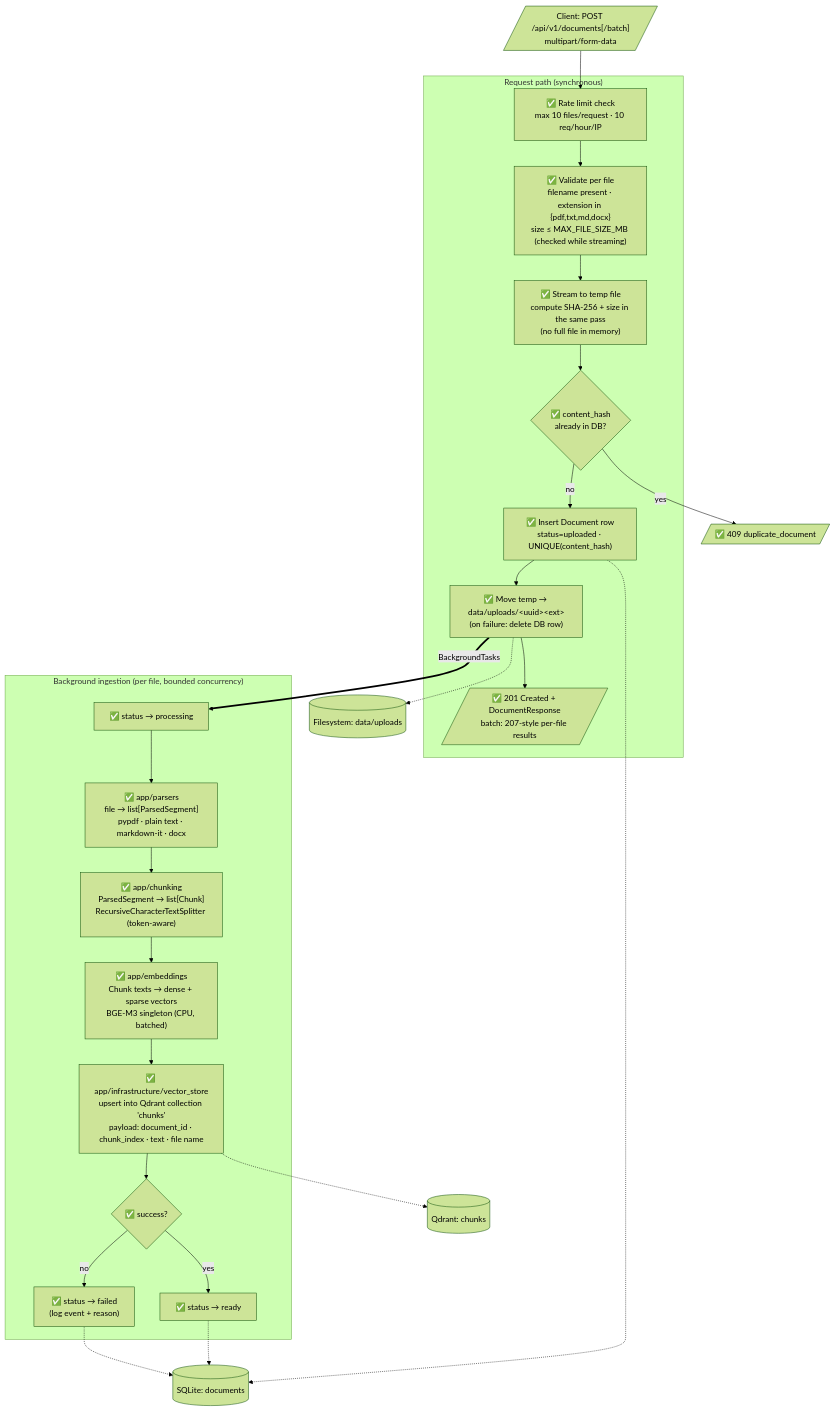
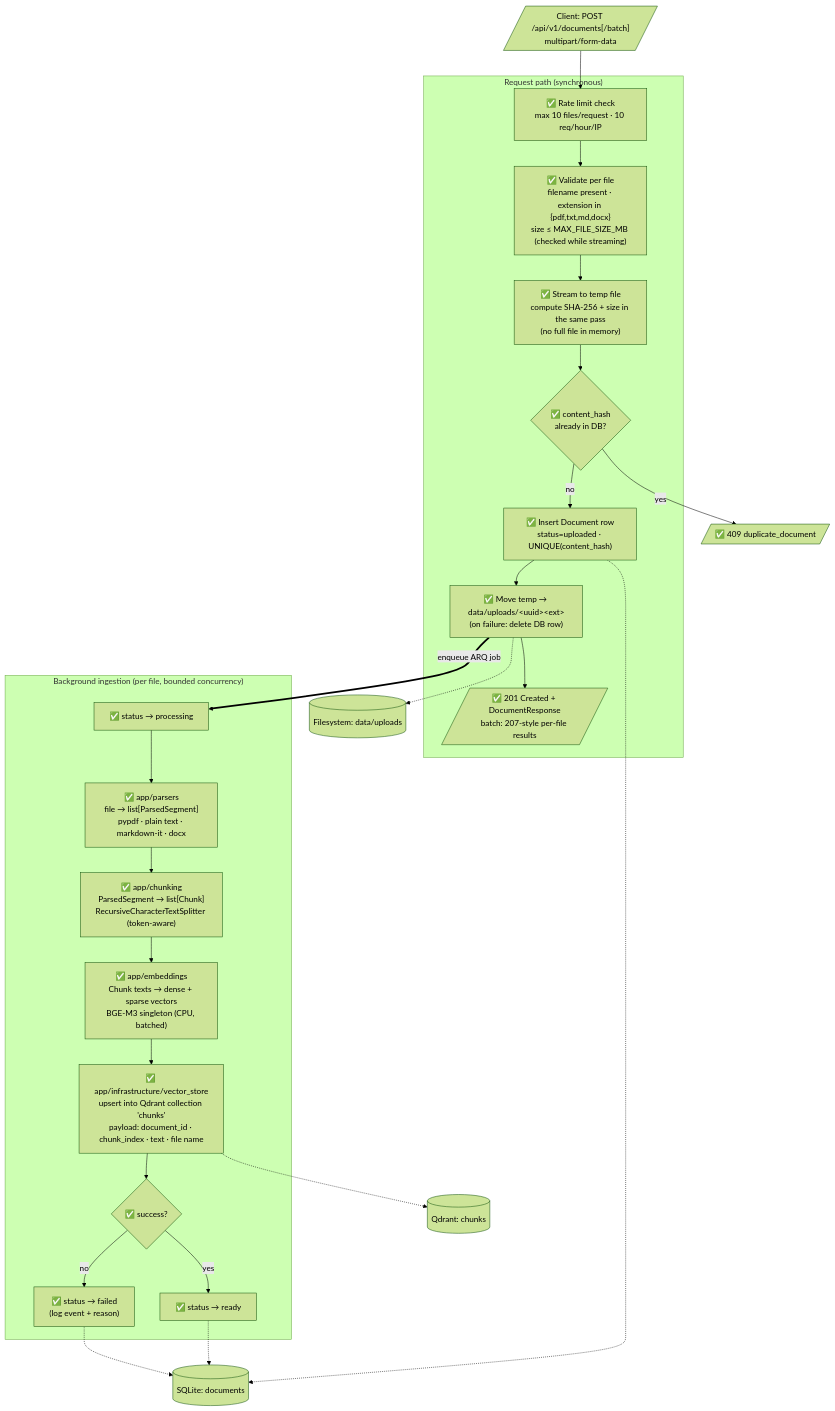
The diagram in docs/diagrams/data-flow-ingestion.md (Abdelrhman941/MyRAG-Project), drawn with Mermaid (forest theme) before and after one commit. The commit also changed 4 other files, not shown here.

Commit message:
docs: fix 5 doc inconsistencies (ARQ vs BackgroundTasks, ERD FK, API paths, SST wording, fp16/ONNX)

````diff
--- a/docs/diagrams/data-flow-ingestion.md
+++ b/docs/diagrams/data-flow-ingestion.md
@@ -8,39 +8,39 @@
 ```mermaid
 flowchart TB
     U[/"Client: POST /api/v1/documents[/batch]<br/>multipart/form-data"/]
 
     subgraph Request["Request path (synchronous)"]
         RL["✅ Rate limit check<br/>max 10 files/request · 10 req/hour/IP"]
         VAL["✅ Validate per file<br/>filename present · extension in {pdf,txt,md,docx}<br/>size ≤ MAX_FILE_SIZE_MB (checked while streaming)"]
         TMP["✅ Stream to temp file<br/>compute SHA-256 + size in the same pass<br/>(no full file in memory)"]
         DEDUP{"✅ content_hash<br/>already in DB?"}
         REC["✅ Insert Document row<br/>status=uploaded · UNIQUE(content_hash)"]
         MOV["✅ Move temp → data/uploads/&lt;uuid&gt;&lt;ext&gt;<br/>(on failure: delete DB row)"]
         RESP[/"✅ 201 Created + DocumentResponse<br/>batch: 207-style per-file results"/]
     end
 
     subgraph Background["Background ingestion (per file, bounded concurrency)"]
         P1["✅ status → processing"]
         PARSE["✅ app/parsers<br/>file → list[ParsedSegment]<br/>pypdf · plain text · markdown-it · docx"]
         CHUNK["✅ app/chunking<br/>ParsedSegment → list[Chunk]<br/>RecursiveCharacterTextSplitter (token-aware)"]
         EMBED["✅ app/embeddings<br/>Chunk texts → dense + sparse vectors<br/>BGE-M3 singleton (CPU, batched)"]
         UPSERT["✅ app/infrastructure/vector_store<br/>upsert into Qdrant collection 'chunks'<br/>payload: document_id · chunk_index · text · file name"]
         P2{"✅ success?"}
         OK["✅ status → ready"]
         FAIL["✅ status → failed<br/>(log event + reason)"]
     end
 
     DB[("SQLite: documents")]
     FS[("Filesystem: data/uploads")]
     QD[("Qdrant: chunks")]
 
     U --> RL --> VAL --> TMP --> DEDUP
     DEDUP -->|yes| DUPERR[/"✅ 409 duplicate_document"/]
     DEDUP -->|no| REC --> MOV --> RESP
     REC -.-> DB
     MOV -.-> FS
-    MOV ==>|BackgroundTasks| P1 --> PARSE --> CHUNK --> EMBED --> UPSERT --> P2
+    MOV ==>|enqueue ARQ job| P1 --> PARSE --> CHUNK --> EMBED --> UPSERT --> P2
     UPSERT -.-> QD
     P2 -->|yes| OK -.-> DB
     P2 -->|no| FAIL -.-> DB
 ```
````
